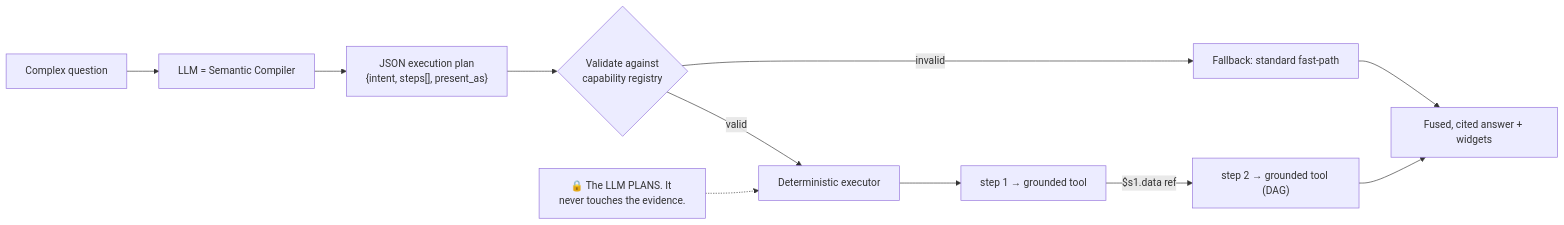
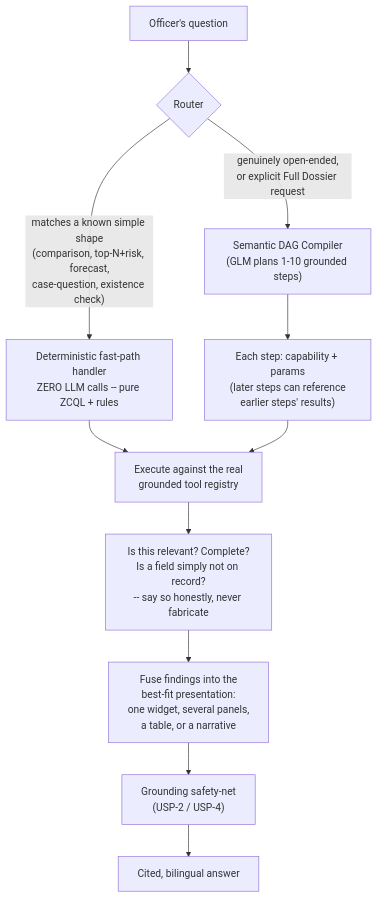
The eighth of 16 diagrams in README.md (BCSAKETH/VAJRA), drawn with Mermaid before and after one commit. The commit also changed other lines of this file and 28 other files, not shown here.

````diff
--- a/README.md
+++ b/README.md
@@ -150,13 +321,13 @@
 ```mermaid
-flowchart LR
-    Q["Complex question"] --> P["LLM = Semantic Compiler"]
-    P --> J["JSON execution plan<br/>{intent, steps[], present_as}"]
-    J --> V{"Validate against<br/>capability registry"}
-    V -->|valid| X["Deterministic executor"]
-    X --> S1["step 1 → grounded tool"]
-    S1 -->|"$s1.data ref"| S2["step 2 → grounded tool (DAG)"]
-    S2 --> R["Fused, cited answer + widgets"]
-    V -->|invalid| FB["Fallback: standard fast‑path"]
-    FB --> R
-    note["🔒 The LLM PLANS. It never touches the evidence."] -.-> X
+flowchart TD
+    Q["Officer's question"] --> ROUTE{"Router"}
+    ROUTE -->|"matches a known simple shape\n(comparison, top-N+risk, forecast,\ncase-question, existence check)"| FAST["Deterministic fast-path handler\nZERO LLM calls -- pure ZCQL + rules"]
+    ROUTE -->|"genuinely open-ended,\nor explicit Full Dossier request"| PLAN["Semantic DAG Compiler\n(GLM plans 1-10 grounded steps)"]
+    PLAN --> STEPS["Each step: capability + params\n(later steps can reference\nearlier steps' results)"]
+    FAST --> EXEC["Execute against the real\ngrounded tool registry"]
+    STEPS --> EXEC
+    EXEC --> ANALYZE["Is this relevant? Complete?\nIs a field simply not on record?\n-- say so honestly, never fabricate"]
+    ANALYZE --> STRUCT["Fuse findings into the\nbest-fit presentation:\none widget, several panels,\na table, or a narrative"]
+    STRUCT --> GATE["Grounding safety-net\n(USP-2 / USP-4)"]
+    GATE --> ANSWER["Cited, bilingual answer"]
 ```
````
